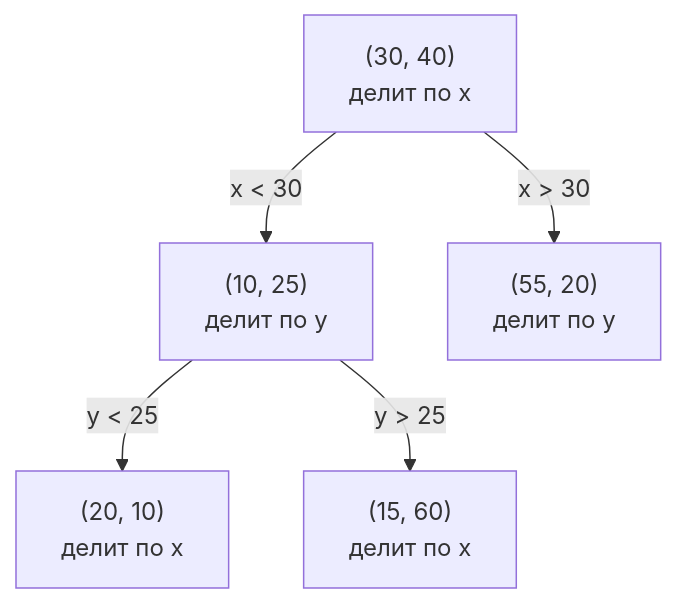
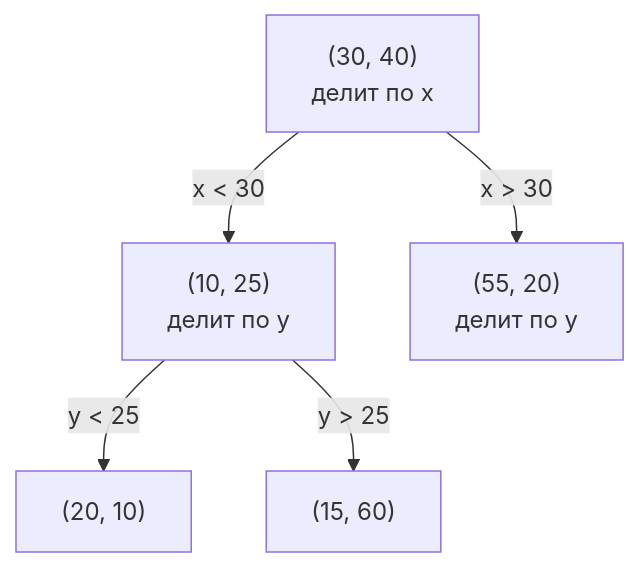
Before and after one commit to EvgeniiIvanov/algo: the first of 3 diagrams in docs/algorithms/kd-dom-ast.md, drawn with Mermaid. The commit also changed other lines of this file and 2 other files, not shown here.

````diff
--- a/docs/algorithms/kd-dom-ast.md
+++ b/docs/algorithms/kd-dom-ast.md
@@ -27,7 +30,7 @@
 ```mermaid
 flowchart TD
     A["(30, 40)<br>делит по x"] -->|"x &lt; 30"| B["(10, 25)<br>делит по y"]
     A -->|"x &gt; 30"| C["(55, 20)<br>делит по y"]
-    B -->|"y &lt; 25"| D["(20, 10)<br>делит по x"]
-    B -->|"y &gt; 25"| E["(15, 60)<br>делит по x"]
+    B -->|"y &lt; 25"| D["(20, 10)"]
+    B -->|"y &gt; 25"| E["(15, 60)"]
 ```
````
